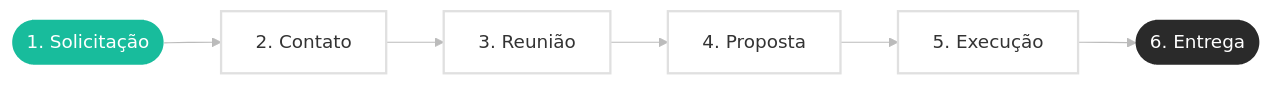
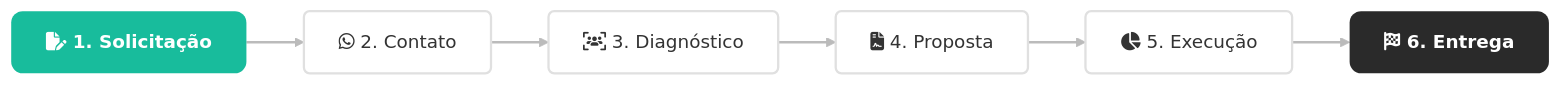
One commit to Alexssandrosilv/Alexssadrosilv.github.io changed the diagram in consultoria.qmd. Above: the diagram before and after it, drawn with Mermaid (neutral theme). The commit also changed other lines of this file, not shown here.

````diff
--- a/consultoria.qmd
+++ b/consultoria.qmd
@@ -35,20 +39,22 @@
 ```{mermaid}
 %%| fig-align: center
-%%| fig-height: 3
+%%| fig-height: 4
 flowchart LR
-    A([1. Solicitação]) --> B[2. Contato]
-    B --> C[3. Reunião]
-    C --> D[4. Proposta]
-    D --> E[5. Execução]
-    E --> F([6. Entrega])
+    %% Nós com Ícones HTML (Protegidos por aspas para não dar erro)
+    A["<i class='fa-solid fa-file-pen'></i> 1. Solicitação"] --> B["<i class='fa-brands fa-whatsapp'></i> 2. Contato"]
+    B --> C["<i class='fa-solid fa-users-viewfinder'></i> 3. Diagnóstico"]
+    C --> D["<i class='fa-solid fa-file-contract'></i> 4. Proposta"]
+    D --> E["<i class='fa-solid fa-chart-pie'></i> 5. Execução"]
+    E --> F["<i class='fa-solid fa-flag-checkered'></i> 6. Entrega"]
 
-    style A fill:#18bc9c,stroke:#18bc9c,color:#fff,stroke-width:0px
-    style B fill:#fff,stroke:#e0e0e0,color:#333,stroke-width:2px
-    style C fill:#fff,stroke:#e0e0e0,color:#333,stroke-width:2px
-    style D fill:#fff,stroke:#e0e0e0,color:#333,stroke-width:2px
-    style E fill:#fff,stroke:#e0e0e0,color:#333,stroke-width:2px
-    style F fill:#2a2a2a,stroke:#2a2a2a,color:#fff,stroke-width:0px
+    %% Estilização
+    classDef start fill:#18bc9c,stroke:#18bc9c,color:#fff,stroke-width:0px,font-weight:bold,rx:10,ry:10,font-size:16px;
+    classDef process fill:#fff,stroke:#e0e0e0,color:#333,stroke-width:2px,rx:5,ry:5,font-size:16px;
+    classDef endNode fill:#2a2a2a,stroke:#2a2a2a,color:#fff,stroke-width:0px,font-weight:bold,rx:10,ry:10,font-size:16px;
 
-    linkStyle default stroke:#bbb,stroke-width:2px```
-
+    class A start;
+    class B,C,D,E process;
+    class F endNode;
+    
+    linkStyle default stroke:#bbb,stroke-width:2px;
 ```
````
